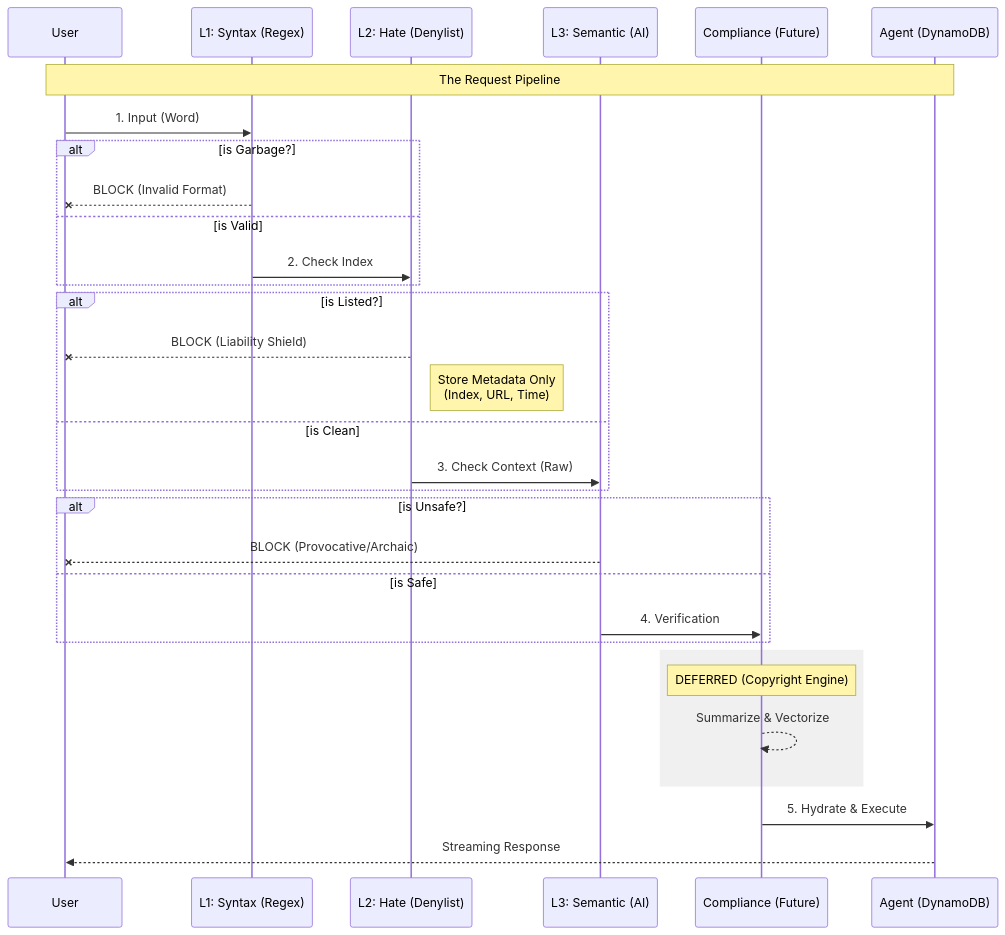
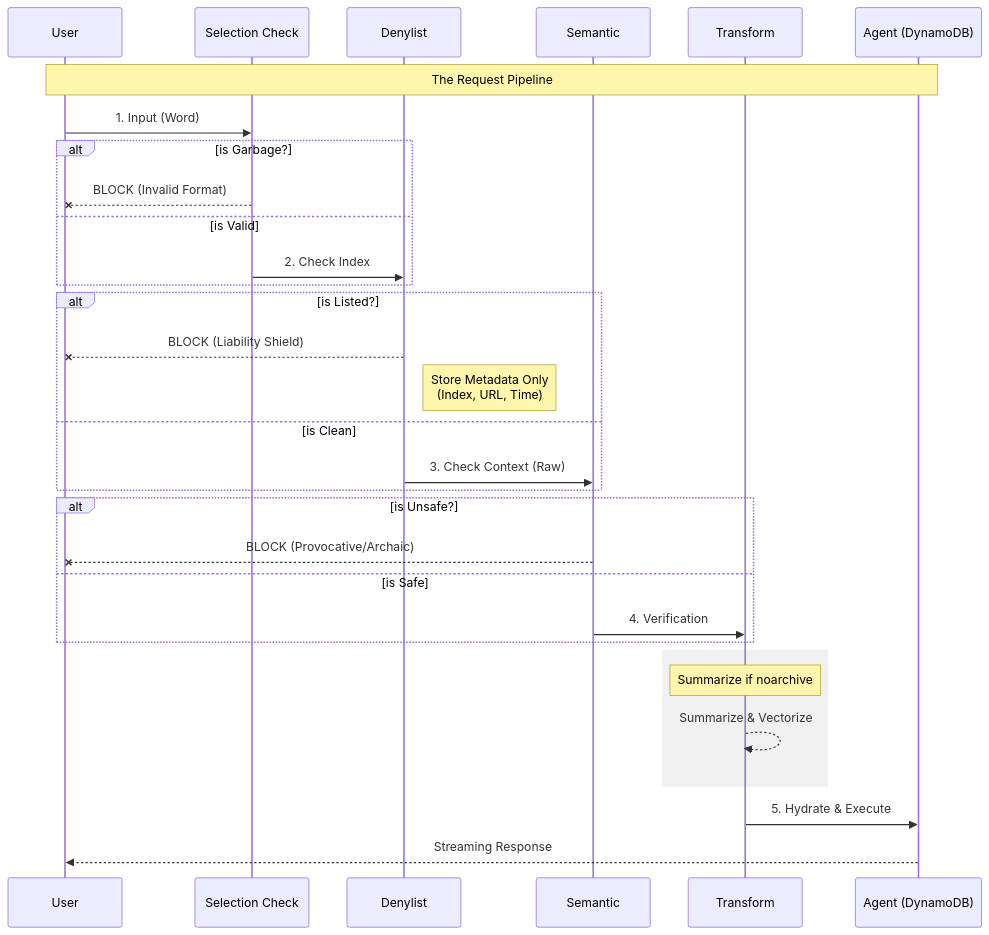
Before and after one commit to martymcenroe/Aletheia: the second of 2 diagrams in docs/0001-system-architecture.md, drawn with Mermaid. The commit also changed other lines of this file and 5 other files, not shown here.

````diff
--- a/docs/0001-system-architecture.md
+++ b/docs/0001-system-architecture.md
@@ -47,41 +47,41 @@
 ```mermaid
 sequenceDiagram
     participant User
-    participant L1_Syntax as L1: Syntax (Regex)
-    participant L2_Hate as L2: Hate (Denylist)
-    participant L3_Semantic as L3: Semantic (AI)
-    participant Compliance as Compliance (Future)
+    participant SelectionCheck as Selection Check
+    participant Denylist as Denylist
+    participant Semantic as Semantic
+    participant Transform as Transform
     participant Agent as Agent (DynamoDB)
 
     Note over User, Agent: The Request Pipeline
 
-    User->>L1_Syntax: 1. Input (Word)
-    
+    User->>SelectionCheck: 1. Input (Word)
+
     alt is Garbage?
-        L1_Syntax--xUser: BLOCK (Invalid Format)
+        SelectionCheck--xUser: BLOCK (Invalid Format)
     else is Valid
-        L1_Syntax->>L2_Hate: 2. Check Index
+        SelectionCheck->>Denylist: 2. Check Index
     end
 
     alt is Listed?
-        L2_Hate--xUser: BLOCK (Liability Shield)
-        Note right of L2_Hate: Store Metadata Only<br/>(Index, URL, Time)
+        Denylist--xUser: BLOCK (Liability Shield)
+        Note right of Denylist: Store Metadata Only<br/>(Index, URL, Time)
     else is Clean
-        L2_Hate->>L3_Semantic: 3. Check Context (Raw)
+        Denylist->>Semantic: 3. Check Context (Raw)
     end
 
     alt is Unsafe?
-        L3_Semantic--xUser: BLOCK (Provocative/Archaic)
+        Semantic--xUser: BLOCK (Provocative/Archaic)
     else is Safe
-        L3_Semantic->>Compliance: 4. Verification
+        Semantic->>Transform: 4. Verification
     end
 
     rect rgb(240, 240, 240)
-    Note over Compliance: DEFERRED (Copyright Engine)
-    Compliance-->>Compliance: Summarize & Vectorize
+    Note over Transform: Summarize if noarchive
+    Transform-->>Transform: Summarize & Vectorize
     end
 
-    Compliance->>Agent: 5. Hydrate & Execute
+    Transform->>Agent: 5. Hydrate & Execute
     Agent-->>User: Streaming Response
 
 ```
````
